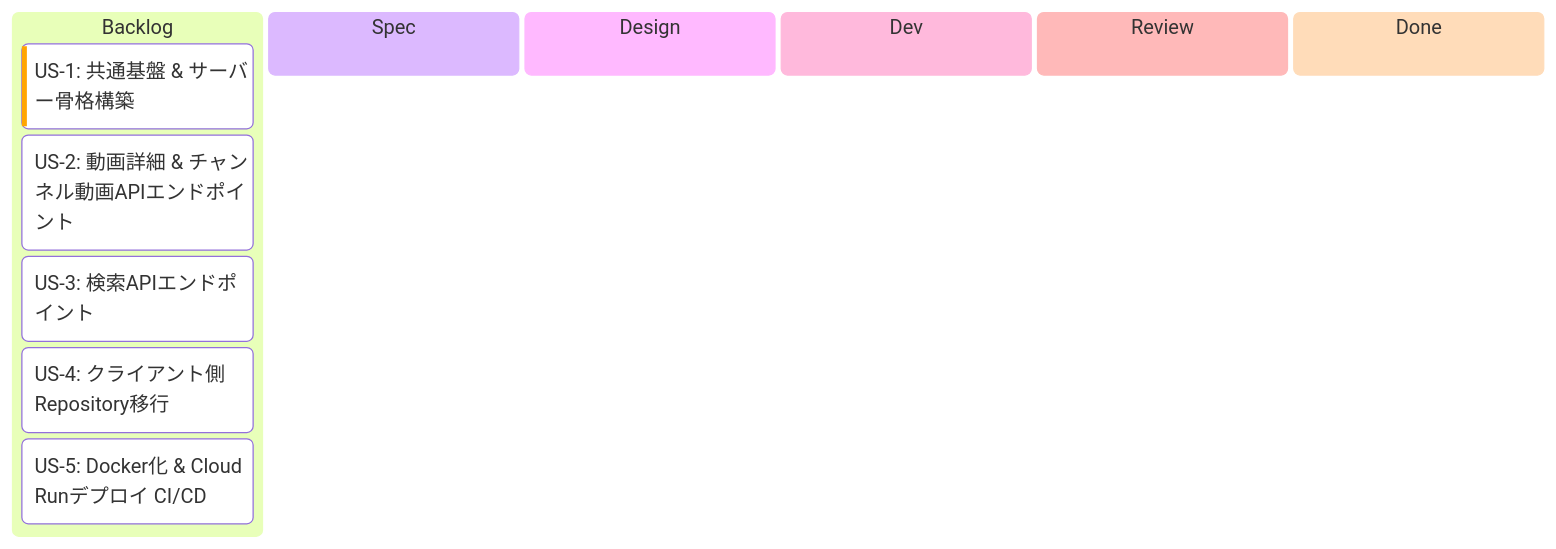
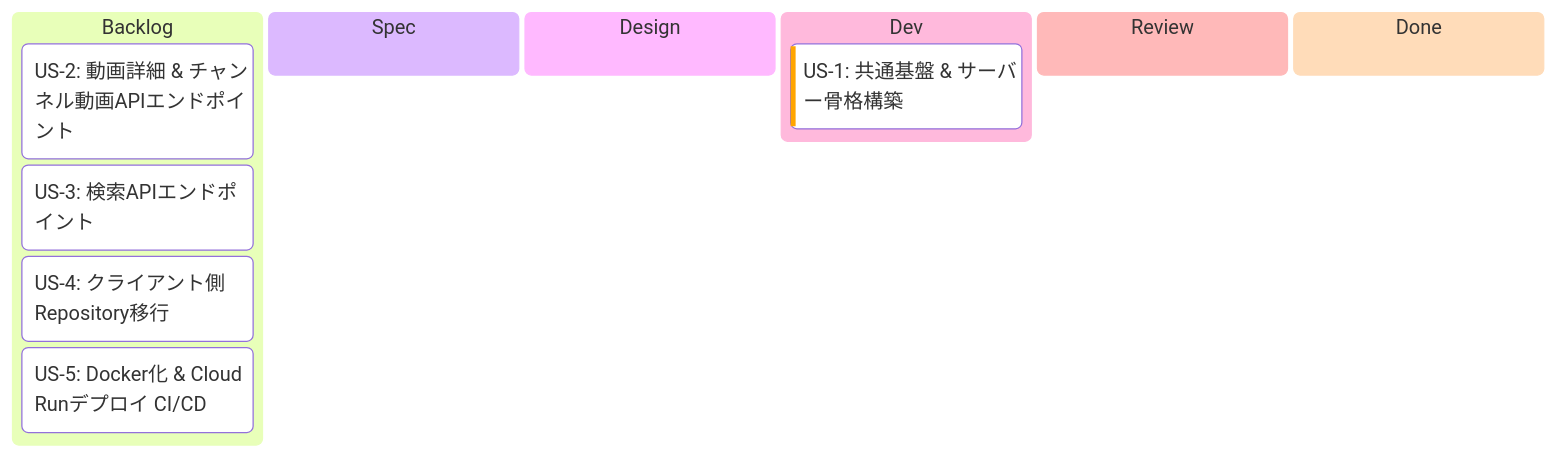
Before and after one commit to saki0000/collab-stream: the first of 2 diagrams in implement-context/api-proxy-server/EPIC.md, drawn with Mermaid. The commit also changed other lines of this file and 14 other files, not shown here.

````diff
--- a/implement-context/api-proxy-server/EPIC.md
+++ b/implement-context/api-proxy-server/EPIC.md
@@ -26,19 +26,19 @@
 ```mermaid
 ---
 config:
   kanban:
     ticketBaseUrl: ''
 ---
 kanban
   backlog[Backlog]
-    us1[US-1: 共通基盤 & サーバー骨格構築]@{ priority: 'High' }
     us2[US-2: 動画詳細 & チャンネル動画APIエンドポイント]
     us3[US-3: 検索APIエンドポイント]
     us4[US-4: クライアント側Repository移行]
     us5[US-5: Docker化 & Cloud Runデプロイ CI/CD]
   spec[Spec]
   design[Design]
   dev[Dev]
+    us1[US-1: 共通基盤 & サーバー骨格構築]@{ priority: 'High' }
   review[Review]
   done[Done]
 ```
````
